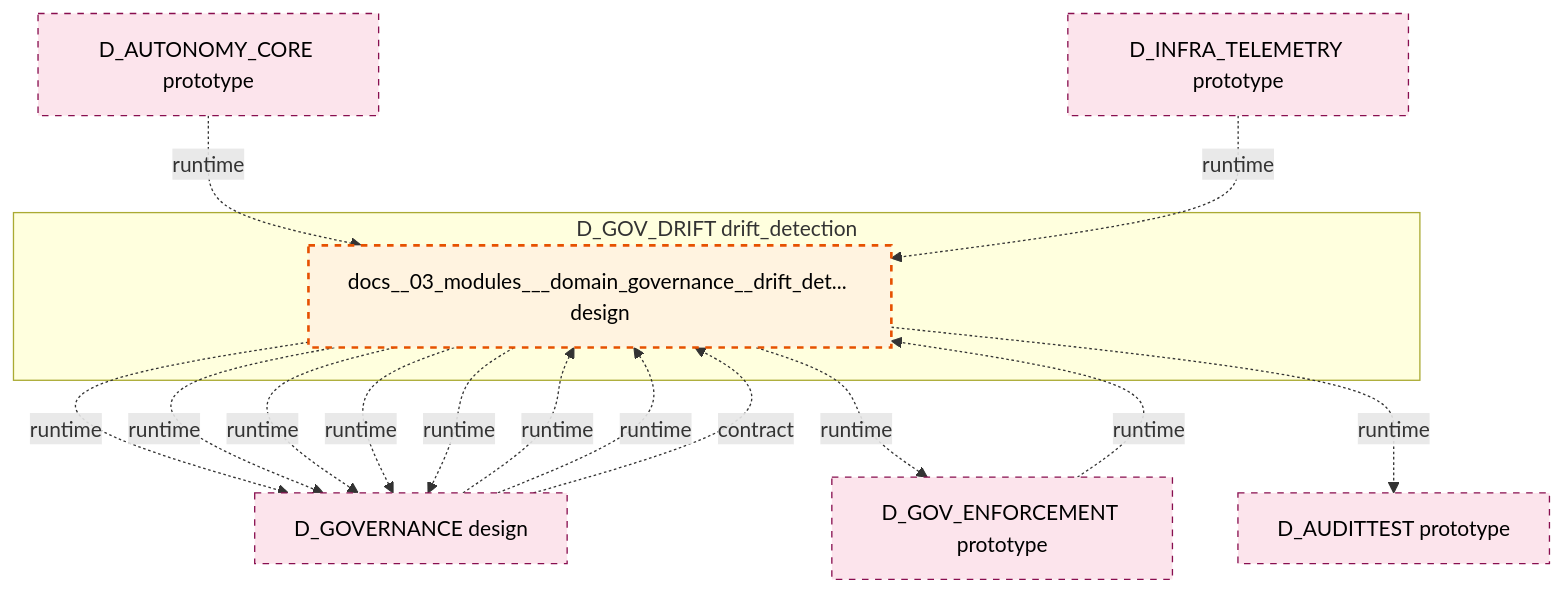
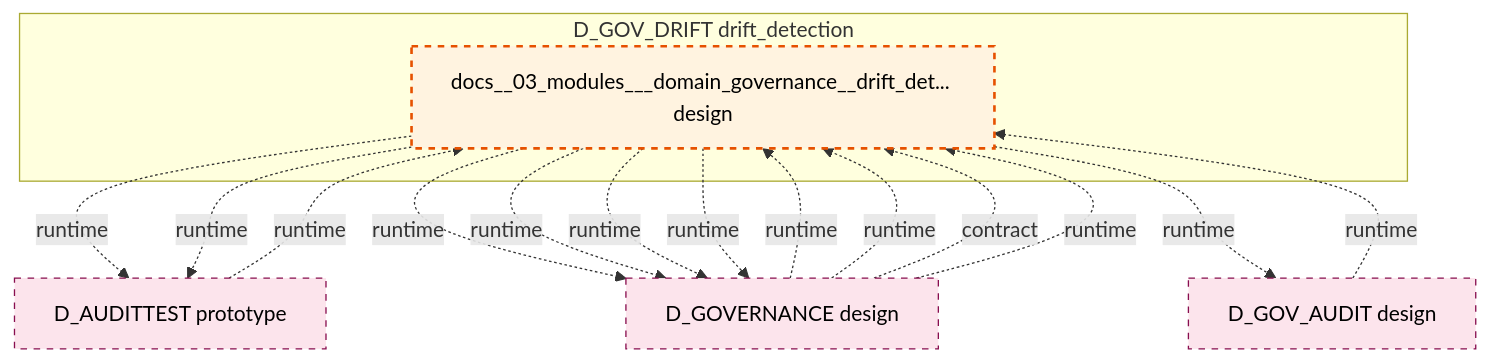
One commit to xuanFelixVan/ZephyrAlpha changed the diagram in docs/02_enterprise_architecture/02_domain_architecture_docs/34_d_gov_drift.md. Above: the diagram before and after it, drawn with Mermaid. The commit also changed other lines of this file and 100 other files, not shown here.

````diff
--- a/docs/02_enterprise_architecture/02_domain_architecture_docs/34_d_gov_drift.md
+++ b/docs/02_enterprise_architecture/02_domain_architecture_docs/34_d_gov_drift.md
@@ -47,30 +47,28 @@
 ```mermaid
 graph TD
     subgraph D_GOV_DRIFT["D_GOV_DRIFT drift_detection"]
         docs_03_modules_domain_governance_drift_detector_blueprint_md["docs__03_modules___domain_governance__drift_det... design"]
     end
+    D_AUDITTEST["D_AUDITTEST prototype"]
+    docs_03_modules_domain_governance_drift_detector_blueprint_md -.->|runtime| D_AUDITTEST
     D_GOVERNANCE["D_GOVERNANCE design"]
     docs_03_modules_domain_governance_drift_detector_blueprint_md -.->|runtime| D_GOVERNANCE
-    docs_03_modules_domain_governance_drift_detector_blueprint_md -.->|runtime| D_GOVERNANCE
-    D_GOV_ENFORCEMENT["D_GOV_ENFORCEMENT prototype"]
-    docs_03_modules_domain_governance_drift_detector_blueprint_md -.->|runtime| D_GOV_ENFORCEMENT
-    D_AUDITTEST["D_AUDITTEST prototype"]
+    D_GOV_AUDIT["D_GOV_AUDIT design"]
+    docs_03_modules_domain_governance_drift_detector_blueprint_md -.->|runtime| D_GOV_AUDIT
     docs_03_modules_domain_governance_drift_detector_blueprint_md -.->|runtime| D_AUDITTEST
     docs_03_modules_domain_governance_drift_detector_blueprint_md -.->|runtime| D_GOVERNANCE
     docs_03_modules_domain_governance_drift_detector_blueprint_md -.->|runtime| D_GOVERNANCE
     docs_03_modules_domain_governance_drift_detector_blueprint_md -.->|runtime| D_GOVERNANCE
-    D_GOV_ENFORCEMENT -.->|runtime| docs_03_modules_domain_governance_drift_detector_blueprint_md
+    D_GOV_AUDIT -.->|runtime| docs_03_modules_domain_governance_drift_detector_blueprint_md
     D_GOVERNANCE -.->|runtime| docs_03_modules_domain_governance_drift_detector_blueprint_md
     D_GOVERNANCE -.->|runtime| docs_03_modules_domain_governance_drift_detector_blueprint_md
     D_GOVERNANCE -.->|contract| docs_03_modules_domain_governance_drift_detector_blueprint_md
-    D_AUTONOMY_CORE["D_AUTONOMY_CORE prototype"]
-    D_AUTONOMY_CORE -.->|runtime| docs_03_modules_domain_governance_drift_detector_blueprint_md
-    D_INFRA_TELEMETRY["D_INFRA_TELEMETRY prototype"]
-    D_INFRA_TELEMETRY -.->|runtime| docs_03_modules_domain_governance_drift_detector_blueprint_md
+    D_GOVERNANCE -.->|runtime| docs_03_modules_domain_governance_drift_detector_blueprint_md
+    D_AUDITTEST -.->|runtime| docs_03_modules_domain_governance_drift_detector_blueprint_md
     classDef production fill:#e1f5fe,stroke:#01579b,stroke-width:2px,color:#000
     classDef design fill:#fff3e0,stroke:#e65100,stroke-width:2px,color:#000,stroke-dasharray: 5 5
     classDef external_prod fill:#e8f5e9,stroke:#1b5e20,stroke-width:1px,color:#000
     classDef external_design fill:#fce4ec,stroke:#880e4f,stroke-width:1px,color:#000,stroke-dasharray: 5 5
     class docs_03_modules_domain_governance_drift_detector_blueprint_md design
-    class D_GOVERNANCE,D_GOV_ENFORCEMENT,D_AUDITTEST,D_AUTONOMY_CORE,D_INFRA_TELEMETRY external_design
+    class D_AUDITTEST,D_GOVERNANCE,D_GOV_AUDIT external_design
 ```
````
